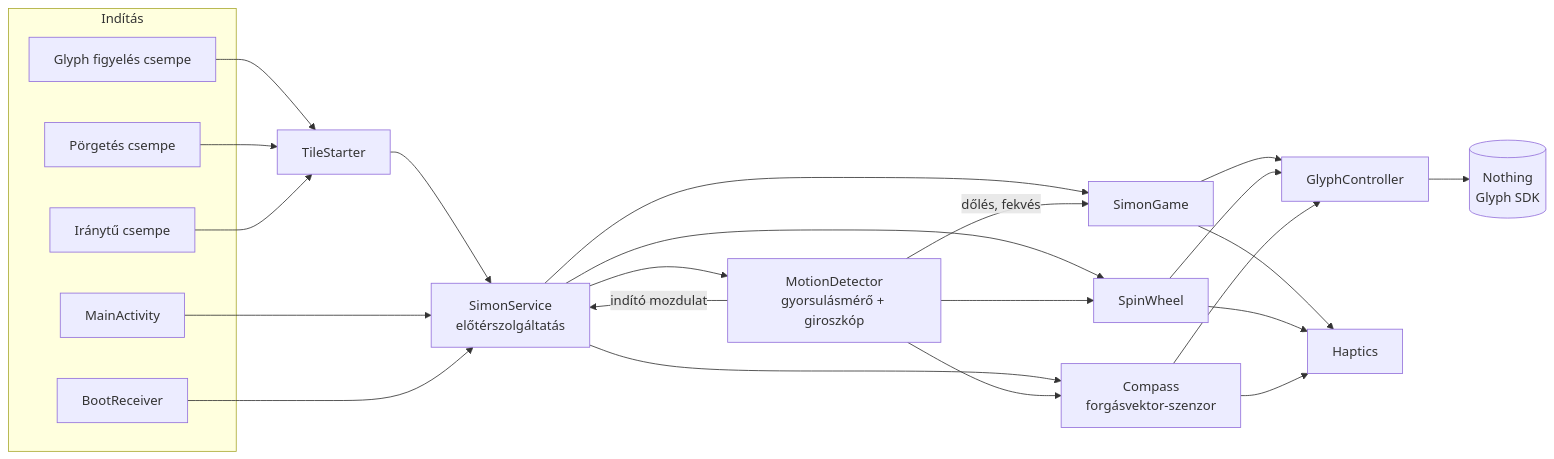
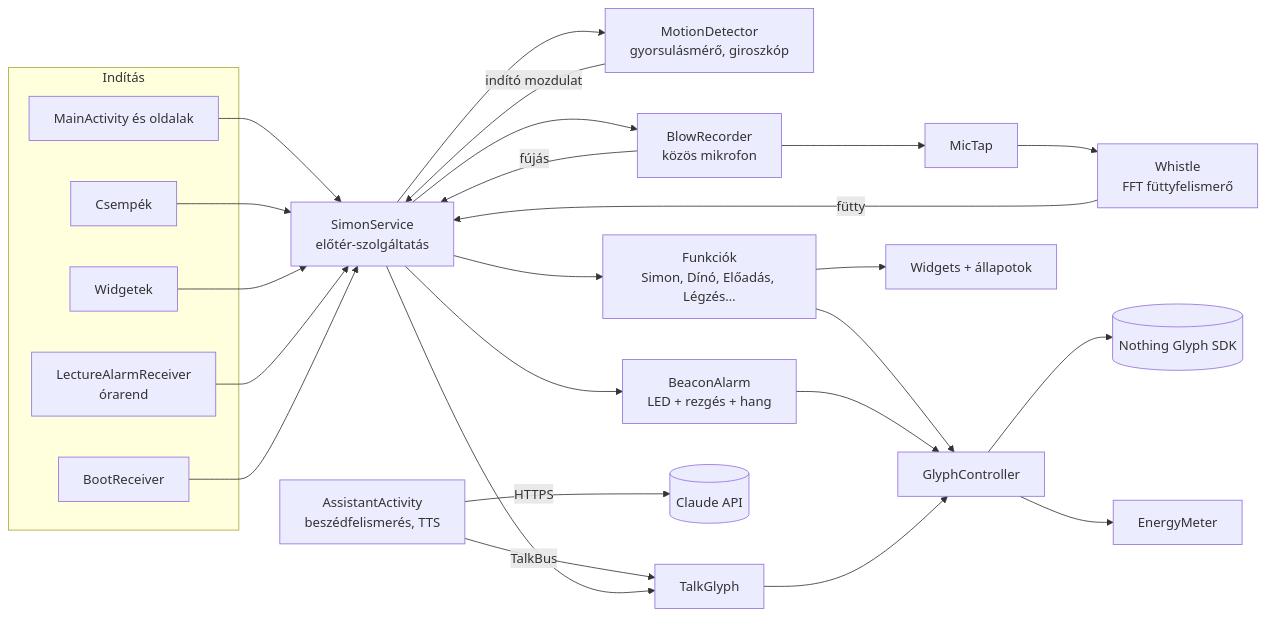
Before and after one commit to bluffer3333/GlyphEggs: the diagram in README.md, drawn with Mermaid. The commit also changed other lines of this file and 1 other file, not shown here.

````diff
--- a/README.md
+++ b/README.md
@@ -445,37 +656,34 @@
 ```mermaid
 flowchart LR
     subgraph Indítás
-        T1[Glyph figyelés csempe]
-        T2[Pörgetés csempe]
-        T3[Iránytű csempe]
-        APP[MainActivity]
+        UI[MainActivity és oldalak]
+        TILE[Csempék]
+        WID[Widgetek]
+        ALARM[LectureAlarmReceiver<br/>órarend]
         BOOT[BootReceiver]
     end
-
-    T1 --> TS[TileStarter]
-    T2 --> TS
-    T3 --> TS
-    TS --> SVC
-    APP --> SVC
+    UI --> SVC
+    TILE --> SVC
+    WID --> SVC
+    ALARM --> SVC
     BOOT --> SVC
-
-    SVC[SimonService<br/>előtérszolgáltatás]
-
-    SVC --> MD[MotionDetector<br/>gyorsulásmérő + giroszkóp]
-    SVC --> G[SimonGame]
-    SVC --> S[SpinWheel]
-    SVC --> C[Compass<br/>forgásvektor-szenzor]
-
-    MD -- "indító mozdulat" --> SVC
-    MD -- "dőlés, fekvés" --> G
-    MD --> S
-    MD --> C
-
-    G --> GC[GlyphController]
-    S --> GC
-    C --> GC
-    G --> H[Haptics]
-    S --> H
-    C --> H
-    GC --> SDK[(Nothing<br/>Glyph SDK)]
+    SVC[SimonService<br/>előtér-szolgáltatás]
+    SVC --> MD[MotionDetector<br/>gyorsulásmérő, giroszkóp]
+    SVC --> MIC[BlowRecorder<br/>közös mikrofon]
+    MIC --> TAP[MicTap]
+    TAP --> WH[Whistle<br/>FFT füttyfelismerő]
+    WH -- fütty --> SVC
+    MD -- indító mozdulat --> SVC
+    MIC -- fújás --> SVC
+    SVC --> F[Funkciók<br/>Simon, Dínó, Előadás, Légzés…]
+    SVC --> BA[BeaconAlarm<br/>LED + rezgés + hang]
+    AS[AssistantActivity<br/>beszédfelismerés, TTS] -- TalkBus --> TG[TalkGlyph]
+    AS -- HTTPS --> API[(Claude API)]
+    SVC --> TG
+    F --> GC[GlyphController]
+    BA --> GC
+    TG --> GC
+    GC --> SDK[(Nothing Glyph SDK)]
+    GC --> EM[EnergyMeter]
+    F --> W[Widgets + állapotok]
 ```
````
